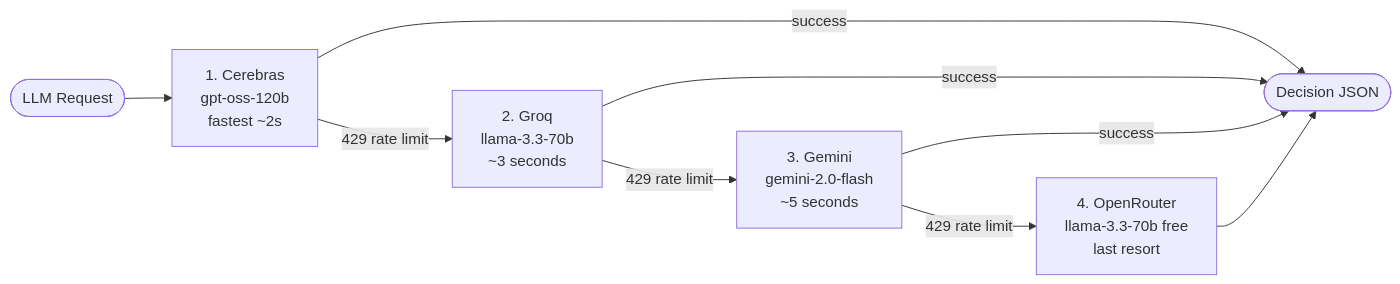
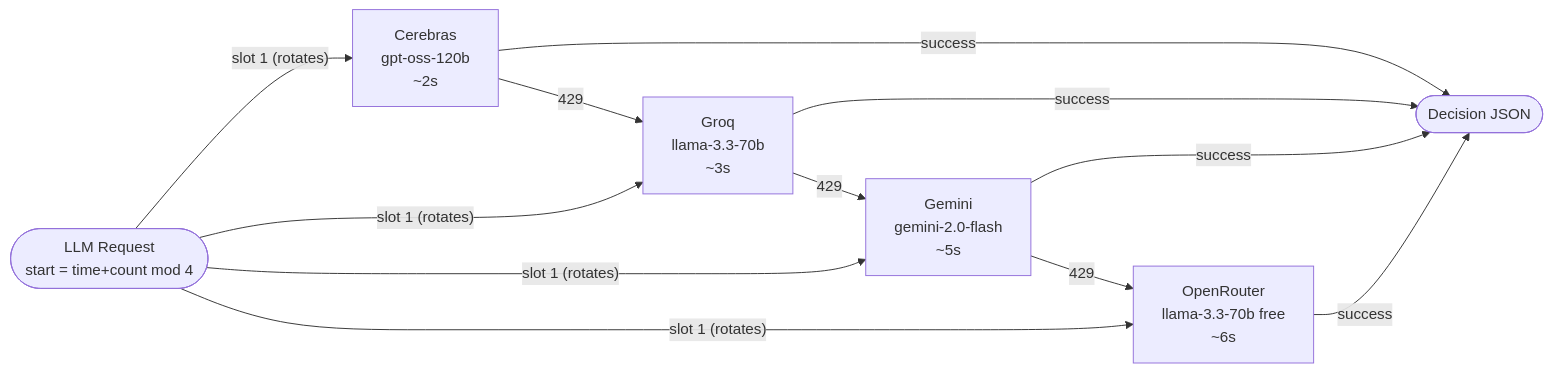
One commit to vanrajbohra-ds/trading-bot changed the second of 6 diagrams in README.md. Above: the diagram before and after it, drawn with Mermaid. The commit also changed other lines of this file, not shown here.

First line of the commit message:
docs: update README for round-robin LLM and recent bug fixes

````diff
--- a/README.md
+++ b/README.md
@@ -51,13 +55,18 @@
 ```mermaid
 flowchart LR
-    REQ(["LLM Request"])
+    REQ(["LLM Request\nstart = time+count mod 4"])
 
-    REQ --> C["1. Cerebras\ngpt-oss-120b\nfastest ~2s"]
+    REQ -->|"slot 1 (rotates)"| C["Cerebras\ngpt-oss-120b\n~2s"]
+    REQ -->|"slot 1 (rotates)"| G["Groq\nllama-3.3-70b\n~3s"]
+    REQ -->|"slot 1 (rotates)"| GE["Gemini\ngemini-2.0-flash\n~5s"]
+    REQ -->|"slot 1 (rotates)"| OR["OpenRouter\nllama-3.3-70b free\n~6s"]
+
     C -->|success| OUT(["Decision JSON"])
-    C -->|429 rate limit| G["2. Groq\nllama-3.3-70b\n~3 seconds"]
     G -->|success| OUT
-    G -->|429 rate limit| GE["3. Gemini\ngemini-2.0-flash\n~5 seconds"]
     GE -->|success| OUT
-    GE -->|429 rate limit| OR["4. OpenRouter\nllama-3.3-70b free\nlast resort"]
-    OR --> OUT
+    OR -->|success| OUT
+
+    C -->|429| G
+    G -->|429| GE
+    GE -->|429| OR
 ```
````
